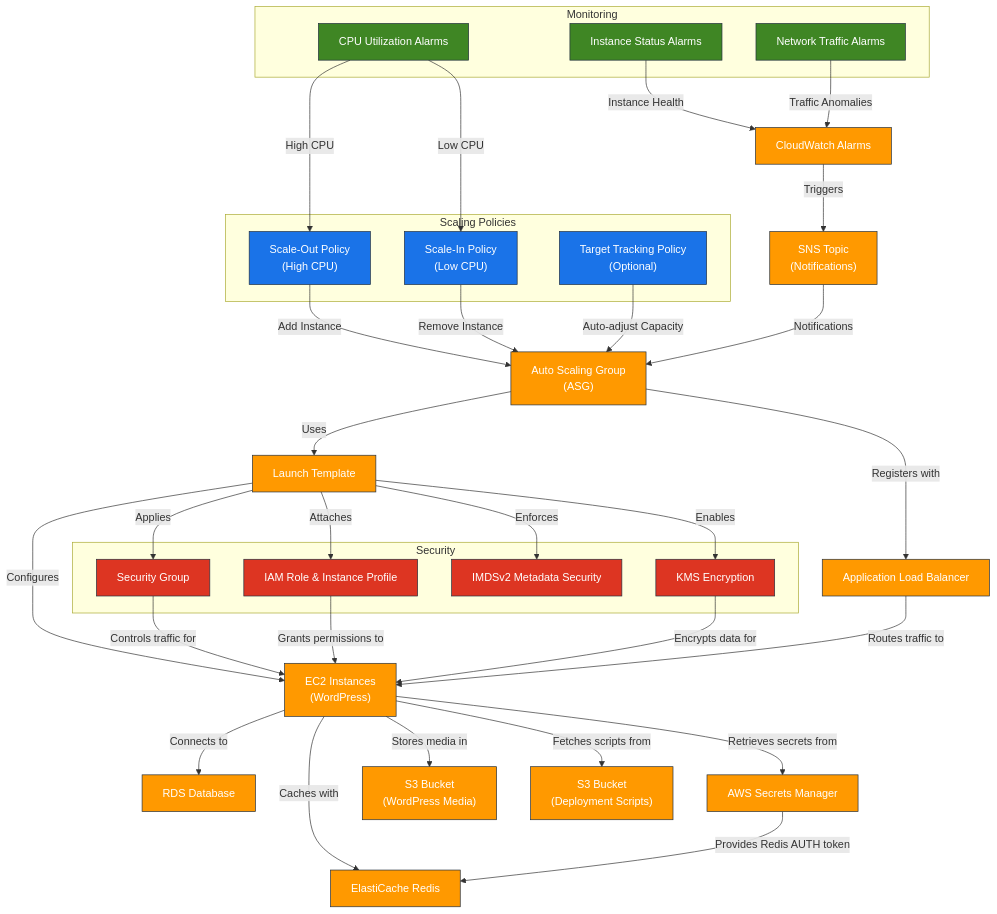
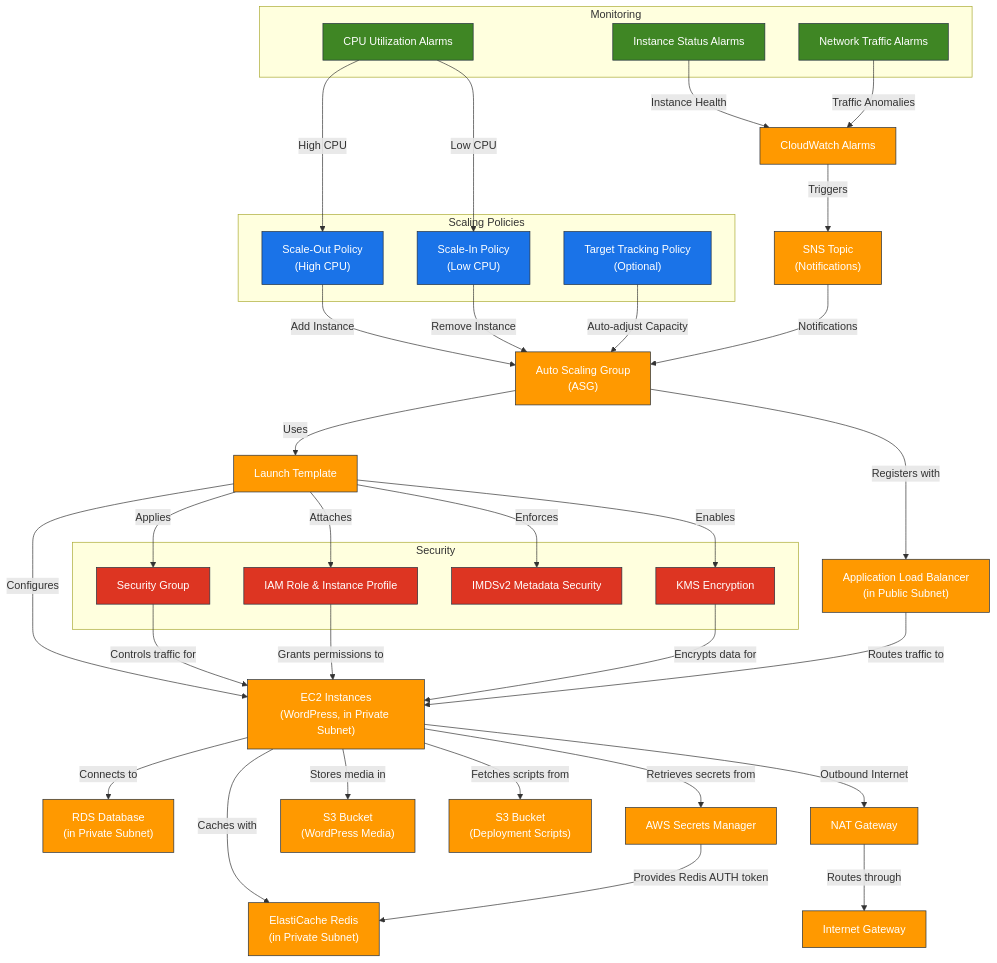
One commit to hetmanskyi-cloud/AWS changed the diagram in terraform/modules/asg/README.md. Above: the diagram before and after it, drawn with Mermaid. The commit also changed other lines of this file and 15 other files, not shown here.

```diff
--- a/terraform/modules/asg/README.md
+++ b/terraform/modules/asg/README.md
@@ -47,15 +49,16 @@
     SNS["SNS Topic<br>(Notifications)"]
     ASG["Auto Scaling Group<br>(ASG)"]
     LT["Launch Template"]
-    EC2["EC2 Instances<br>(WordPress)"]
-    ALB["Application Load Balancer"]
-    RDS["RDS Database"]
-    Redis["ElastiCache Redis"]
+    EC2["EC2 Instances<br>(WordPress, in Private Subnet)"]
+    ALB["Application Load Balancer<br>(in Public Subnet)"]
+    NAT["NAT Gateway"]
+    IGW["Internet Gateway"]
+    RDS["RDS Database<br>(in Private Subnet)"]
+    Redis["ElastiCache Redis<br>(in Private Subnet)"]
     S3Media["S3 Bucket<br>(WordPress Media)"]
     S3Scripts["S3 Bucket<br>(Deployment Scripts)"]
     SecretsManager["AWS Secrets Manager"]
 
-    %% Subgraphs for organization
     subgraph "Security"
         SG["Security Group"]
         IAM["IAM Role & Instance Profile"]
@@ -102,6 +105,9 @@
     EC2 -->|"Stores media in"| S3Media
     EC2 -->|"Fetches scripts from"| S3Scripts
     EC2 -->|"Retrieves secrets from"| SecretsManager
+    EC2 -->|"Outbound Internet"| NAT
+
+    NAT -->|"Routes through"| IGW
 
     ALB -->|"Routes traffic to"| EC2
     SG -->|"Controls traffic for"| EC2
@@ -117,7 +123,7 @@
     classDef monitoring fill:#3F8624,stroke:#232F3E,color:white;
     classDef policy fill:#1A73E8,stroke:#232F3E,color:white;
 
-    class CloudWatch,SNS,ASG,LT,EC2,ALB,RDS,Redis,S3Media,S3Scripts,SecretsManager aws;
+    class CloudWatch,SNS,ASG,LT,EC2,ALB,RDS,Redis,S3Media,S3Scripts,SecretsManager,NAT,IGW aws;
     class SG,IAM,KMS,IMDSv2 security;
     class CPUAlarms,StatusAlarms,NetworkAlarms monitoring;
     class ScaleOut,ScaleIn,TargetTracking policy;
```
